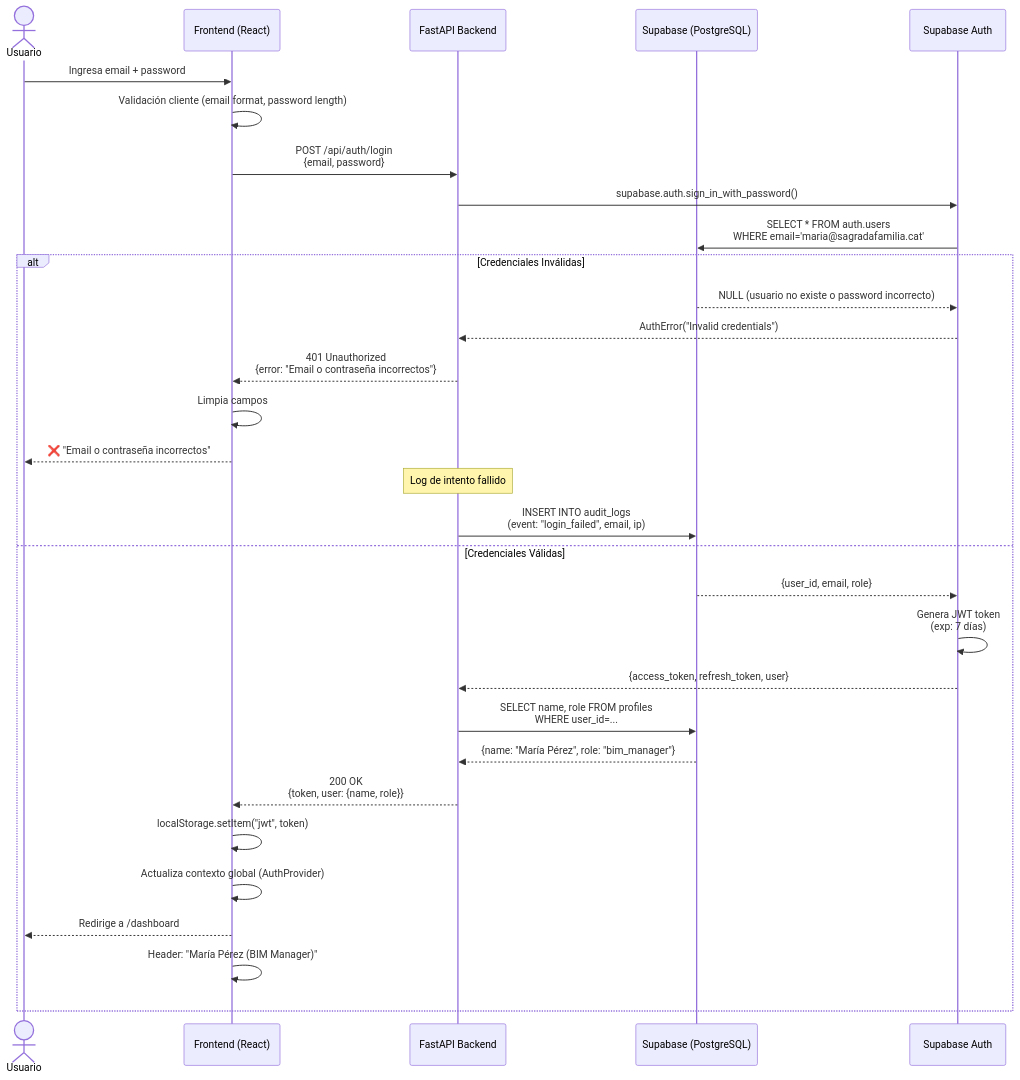
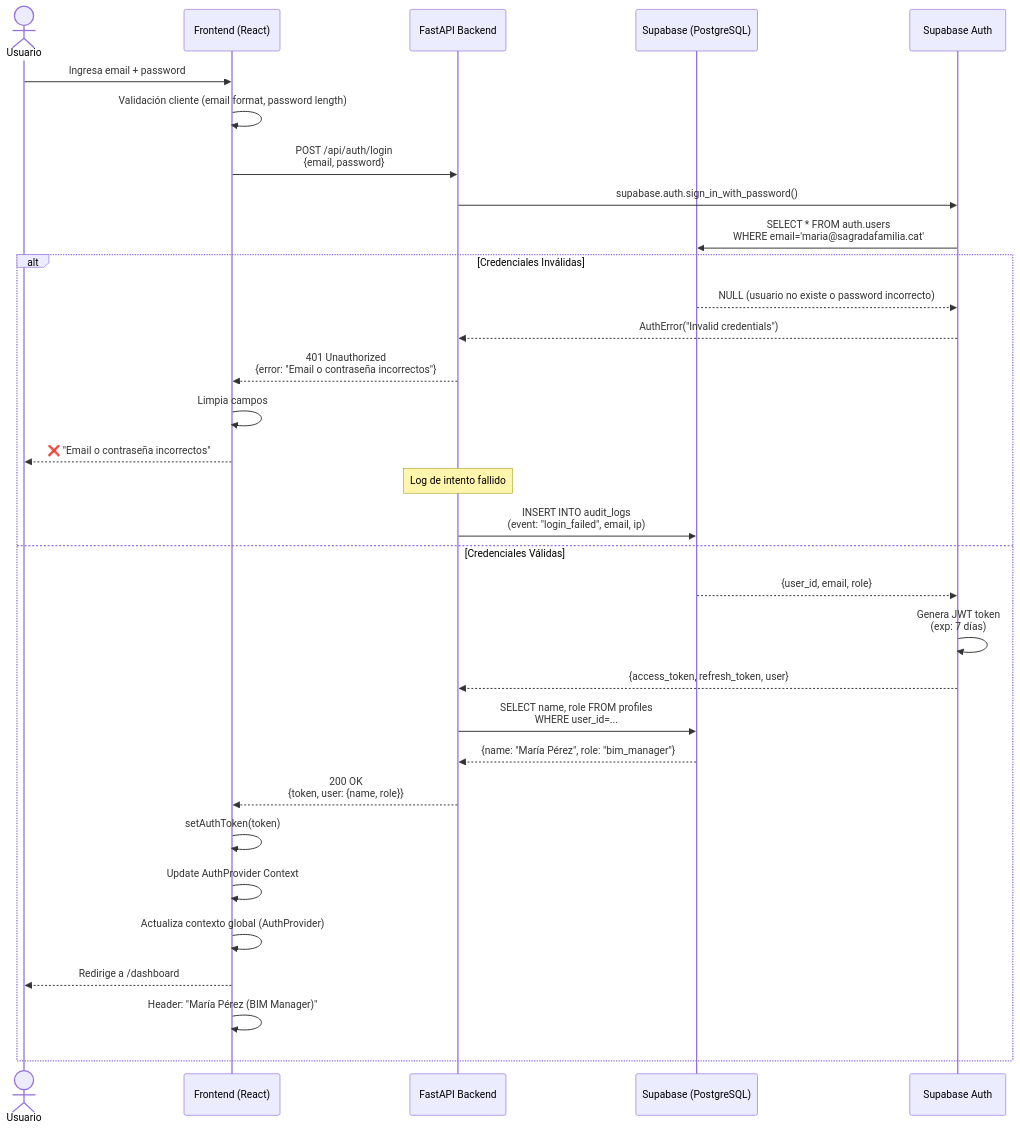
The seventh of 7 diagrams in docs/04-use-cases.md (LIDR-academy/AI4Devs-finalproject), drawn with Mermaid before and after one commit. The commit also changed other lines of this file and 11 other files, not shown here.

Commit message:
docs: Update file upload flow to use presigned URLs, enhance agent design with testing setup, and refine various documentation and process files.

````diff
--- a/docs/04-use-cases.md
+++ b/docs/04-use-cases.md
@@ -382,43 +382,44 @@
 ```mermaid
 sequenceDiagram
     actor User as Usuario
     participant FE as Frontend (React)
     participant API as FastAPI Backend
     participant DB as Supabase (PostgreSQL)
     participant Auth as Supabase Auth
 
     User->>FE: Ingresa email + password
     FE->>FE: Validación cliente (email format, password length)
     
     FE->>API: POST /api/auth/login<br/>{email, password}
     
     API->>Auth: supabase.auth.sign_in_with_password()
     Auth->>DB: SELECT * FROM auth.users<br/>WHERE email='maria@sagradafamilia.cat'
     
     alt Credenciales Inválidas
         DB-->>Auth: NULL (usuario no existe o password incorrecto)
         Auth-->>API: AuthError("Invalid credentials")
         API-->>FE: 401 Unauthorized<br/>{error: "Email o contraseña incorrectos"}
         FE->>FE: Limpia campos
         FE-->>User: ❌ "Email o contraseña incorrectos"
         
         Note over API: Log de intento fallido
         API->>DB: INSERT INTO audit_logs<br/>(event: "login_failed", email, ip)
         
     else Credenciales Válidas
         DB-->>Auth: {user_id, email, role}
         Auth->>Auth: Genera JWT token<br/>(exp: 7 días)
         Auth-->>API: {access_token, refresh_token, user}
         
         API->>DB: SELECT name, role FROM profiles<br/>WHERE user_id=...
         DB-->>API: {name: "María Pérez", role: "bim_manager"}
         
         API-->>FE: 200 OK<br/>{token, user: {name, role}}
         
-        FE->>FE: localStorage.setItem("jwt", token)
+        FE->>FE: setAuthToken(token)
+        FE->>FE: Update AuthProvider Context
         FE->>FE: Actualiza contexto global (AuthProvider)
         
         FE-->>User: Redirige a /dashboard
         FE->>FE: Header: "María Pérez (BIM Manager)"
     end
 ```
````
